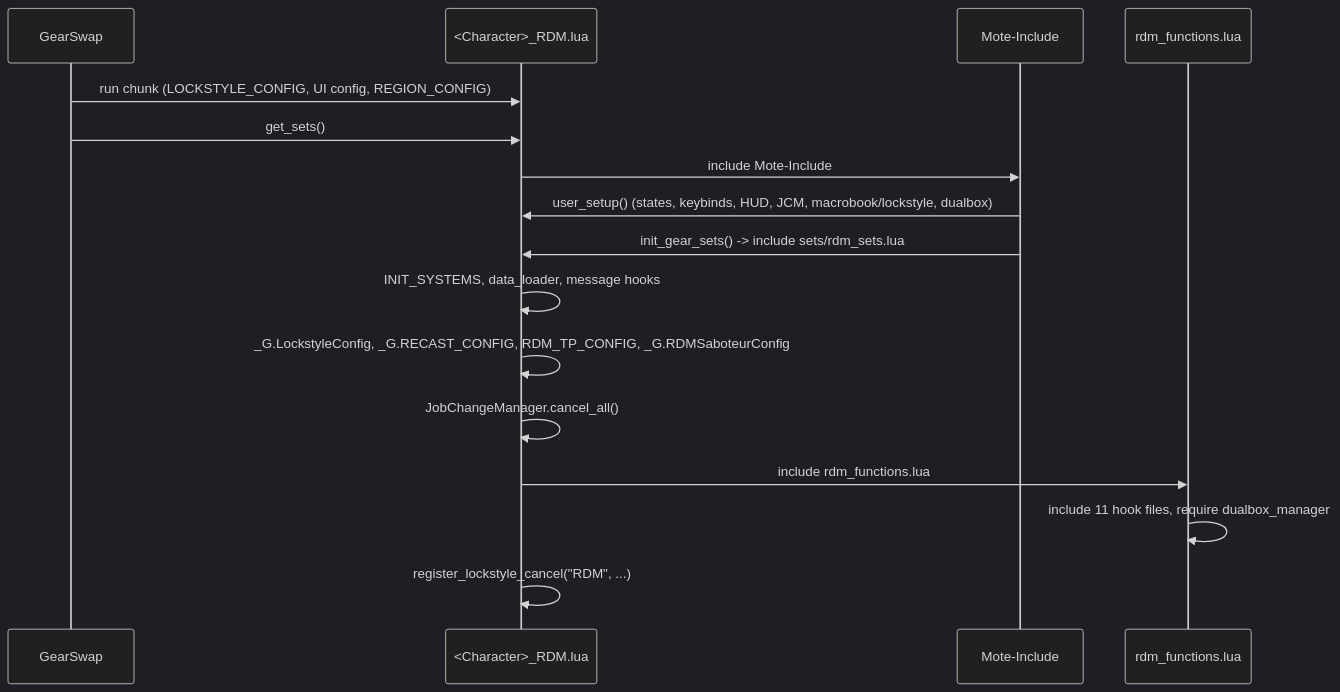
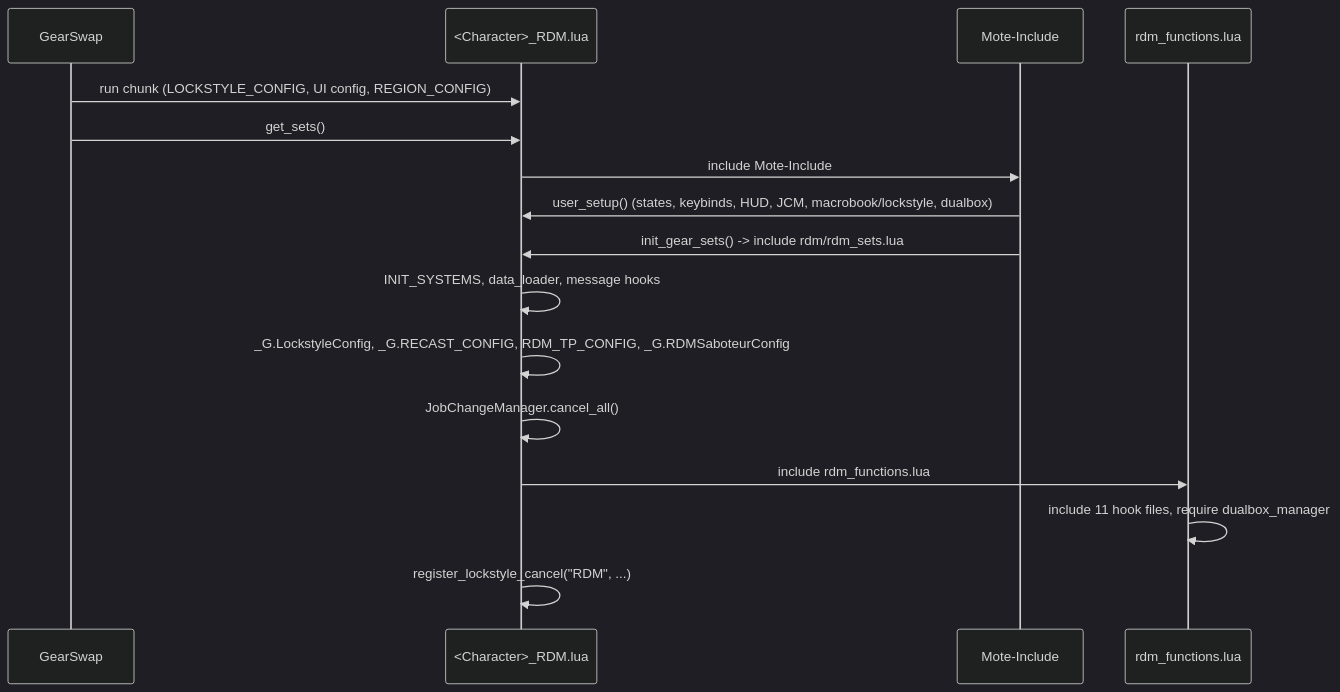
Before and after one commit to ejouanchicot/Gearswap: the first of 2 diagrams in docs/dev/jobs/rdm.md, drawn with Mermaid (dark theme). The commit also changed other lines of this file and 248 other files, not shown here.

````diff
--- a/docs/dev/jobs/rdm.md
+++ b/docs/dev/jobs/rdm.md
@@ -96,18 +96,18 @@
 ```mermaid
 sequenceDiagram
     participant GS as GearSwap
     participant E as <Character>_RDM.lua
     participant M as Mote-Include
     participant F as rdm_functions.lua
     GS->>E: run chunk (LOCKSTYLE_CONFIG, UI config, REGION_CONFIG)
     GS->>E: get_sets()
     E->>M: include Mote-Include
     M->>E: user_setup() (states, keybinds, HUD, JCM, macrobook/lockstyle, dualbox)
-    M->>E: init_gear_sets() -> include sets/rdm_sets.lua
+    M->>E: init_gear_sets() -> include rdm/rdm_sets.lua
     E->>E: INIT_SYSTEMS, data_loader, message hooks
     E->>E: _G.LockstyleConfig, _G.RECAST_CONFIG, RDM_TP_CONFIG, _G.RDMSaboteurConfig
     E->>E: JobChangeManager.cancel_all()
     E->>F: include rdm_functions.lua
     F->>F: include 11 hook files, require dualbox_manager
     E->>E: register_lockstyle_cancel("RDM", ...)
 ```
````
